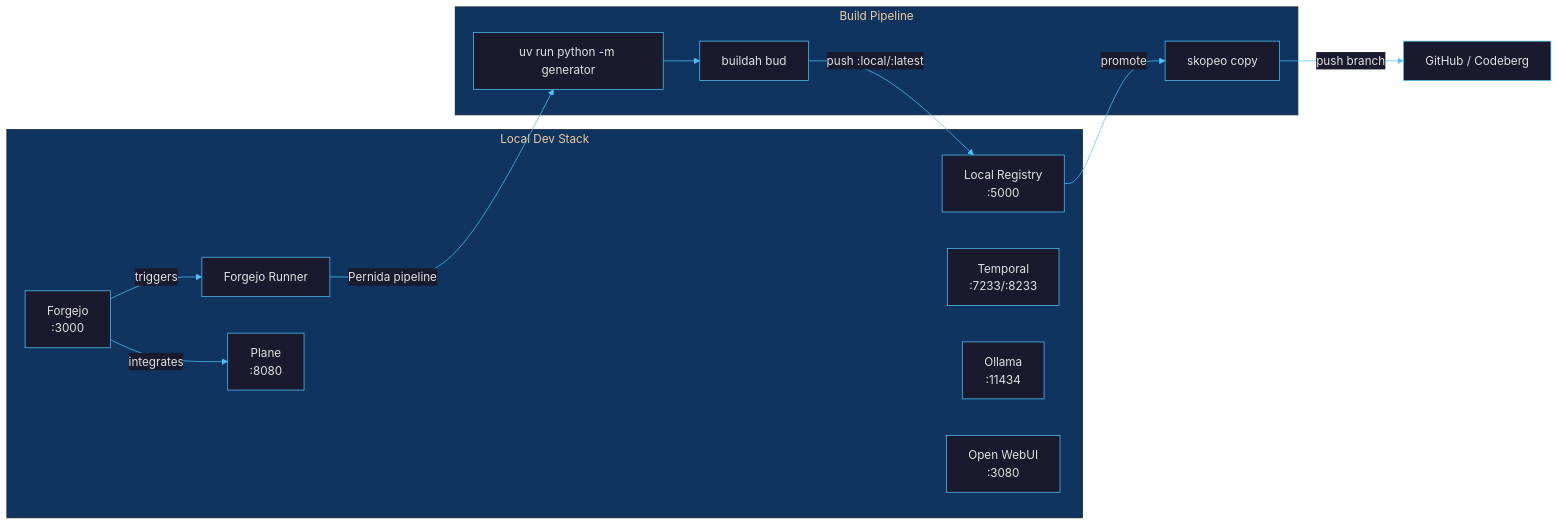
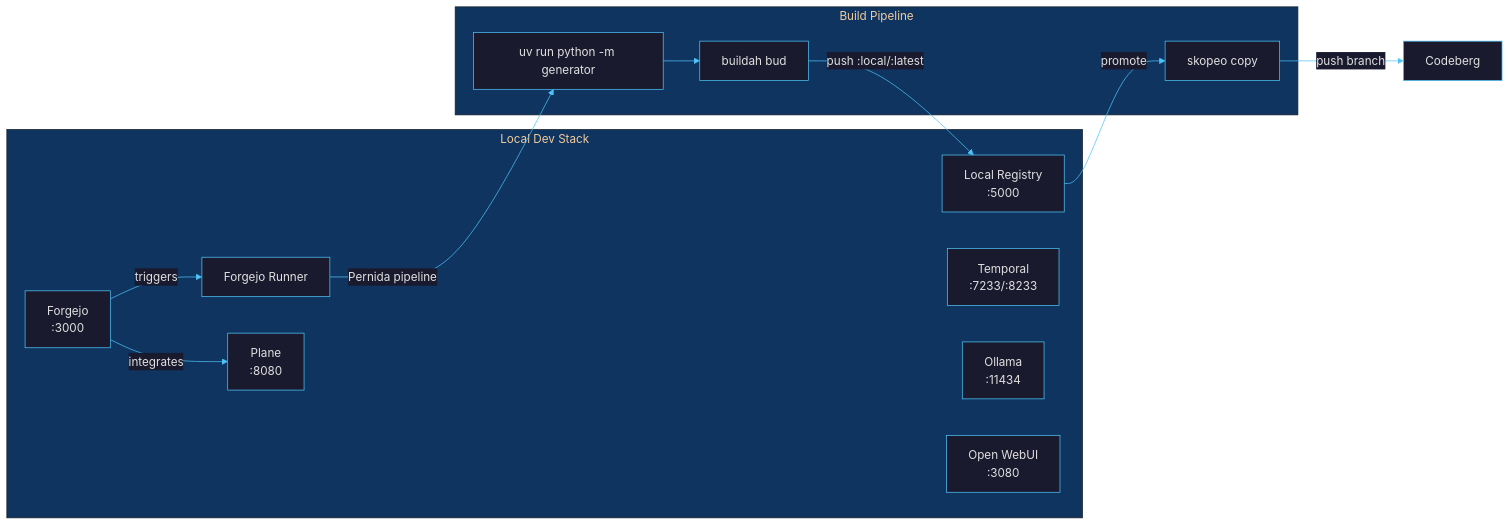
One commit to borninthedark/exousia changed the diagram in docs/local-build-pipeline.md. Above: the diagram before and after it, drawn with Mermaid. The commit also changed 4 other files, not shown here.

````diff
--- a/docs/local-build-pipeline.md
+++ b/docs/local-build-pipeline.md
@@ -9,27 +9,27 @@
 ```mermaid
 %%{init: {'theme': 'base', 'themeVariables': {'primaryColor': '#1a1a2e', 'primaryTextColor': '#e0e0e0', 'primaryBorderColor': '#4fc3f7', 'lineColor': '#4fc3f7', 'secondaryColor': '#16213e', 'tertiaryColor': '#0f3460', 'edgeLabelBackground': '#1a1a2e'}}}%%
 graph LR
     subgraph LOCAL["Local Dev Stack"]
         FG["Forgejo<br/>:3000"]
         RN["Forgejo Runner"]
         REG["Local Registry<br/>:5000"]
         PL["Plane<br/>:8080"]
         TMP["Temporal<br/>:7233/:8233"]
         OLL["Ollama<br/>:11434"]
         OWU["Open WebUI<br/>:3080"]
     end
 
     subgraph BUILD["Build Pipeline"]
         GEN["uv run python -m generator"]
         BA["buildah bud"]
         SK["skopeo copy"]
     end
 
     FG -->|triggers| RN
     FG -->|integrates| PL
     RN -->|"Pernida pipeline"| GEN
     GEN --> BA
     BA -->|"push :local/:latest"| REG
     REG -->|promote| SK
-    SK -->|"push branch"| GH["GitHub / Codeberg"]
+    SK -->|"push branch"| GH["Codeberg"]
 ```
````
